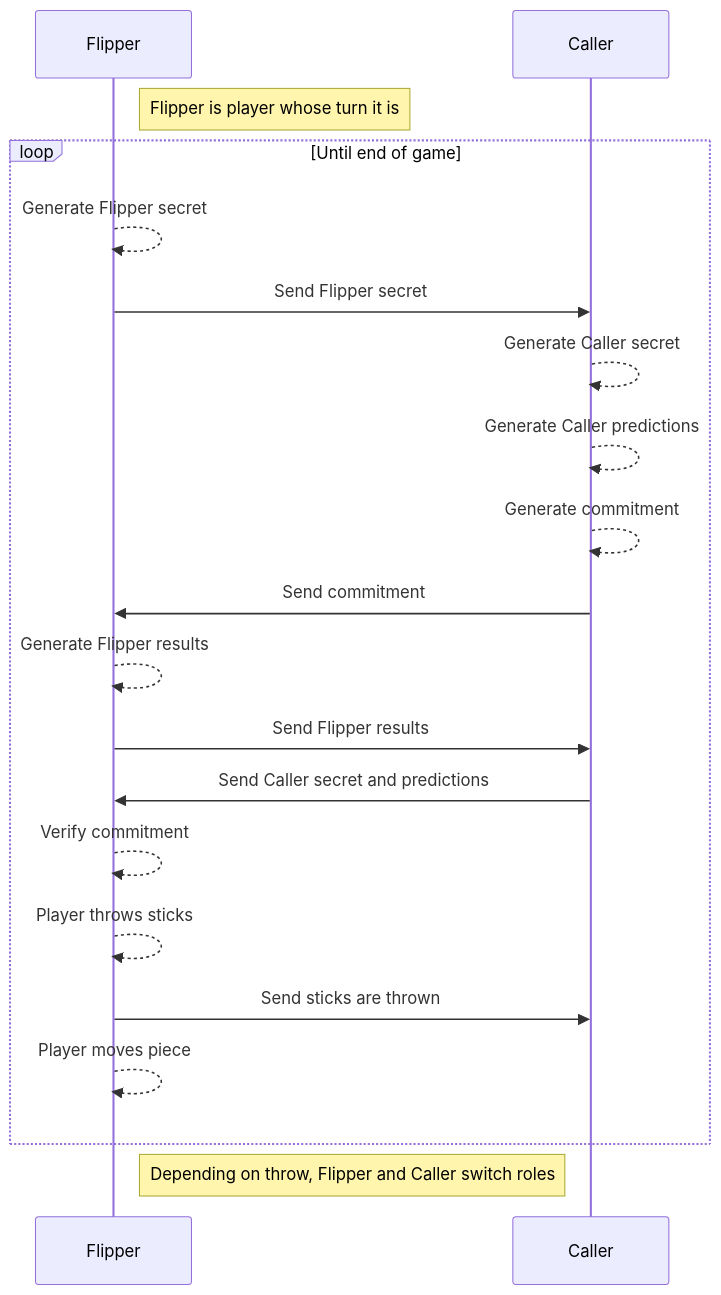
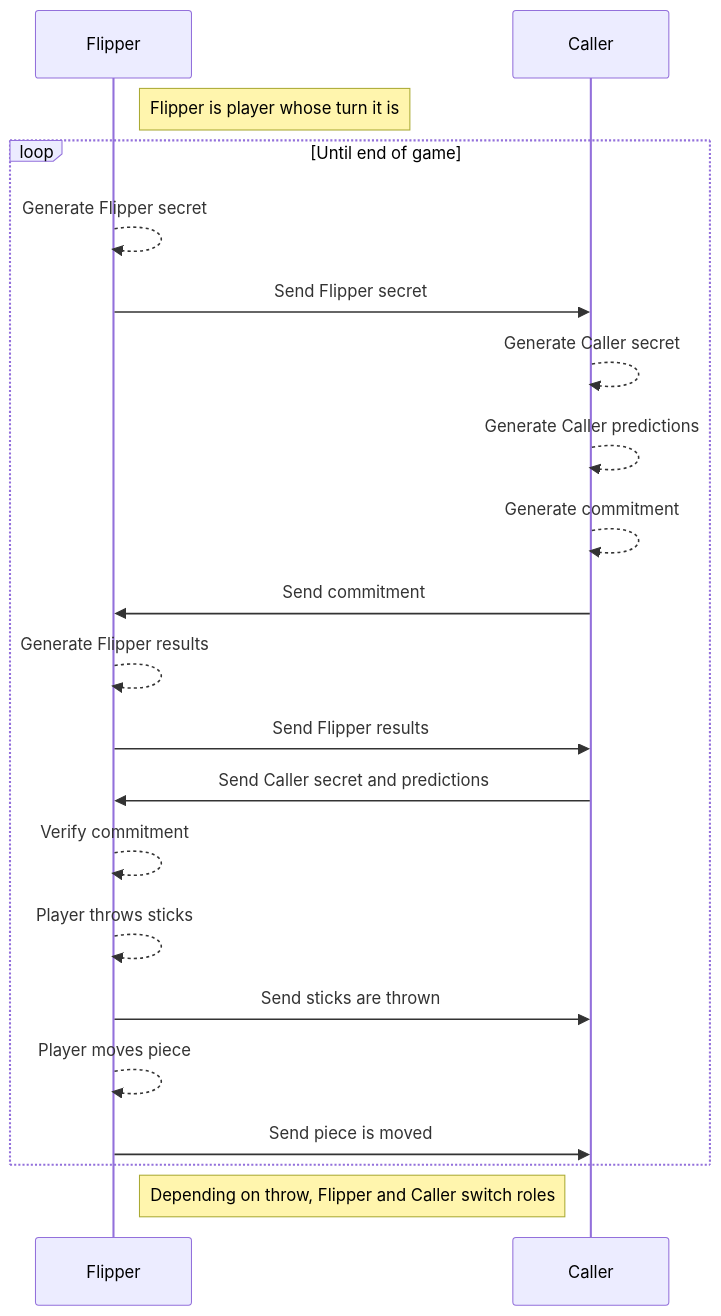
One commit to macabot/senet changed the second of 2 diagrams in README.md. Above: the diagram before and after it, drawn with Mermaid.

Commit message:
Update sequence diagram

````diff
--- a/README.md
+++ b/README.md
@@ -120,20 +120,21 @@
 ```mermaid
 sequenceDiagram
     Note right of Flipper: Flipper is player whose turn it is
     loop Until end of game
         Flipper-->>Flipper: Generate Flipper secret
         Flipper->>Caller: Send Flipper secret
         Caller-->>Caller: Generate Caller secret
         Caller-->>Caller: Generate Caller predictions
         Caller-->>Caller: Generate commitment
         Caller->>Flipper: Send commitment
         Flipper-->>Flipper: Generate Flipper results
         Flipper->>Caller: Send Flipper results
         Caller->>Flipper: Send Caller secret and predictions
         Flipper-->>Flipper: Verify commitment
         Flipper-->>Flipper: Player throws sticks
         Flipper->>Caller: Send sticks are thrown
         Flipper-->>Flipper: Player moves piece
+        Flipper->>Caller: Send piece is moved
     end
     Note right of Flipper: Depending on throw, Flipper and Caller switch roles
 ```
````
